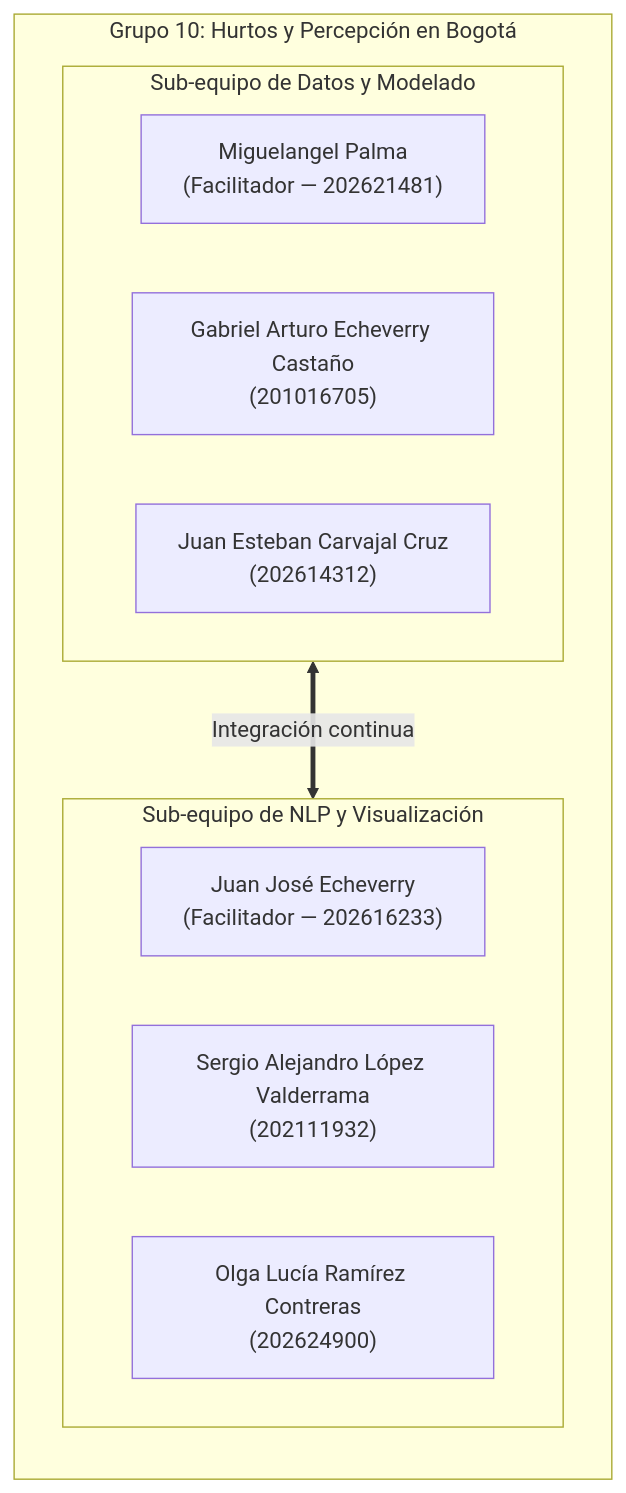
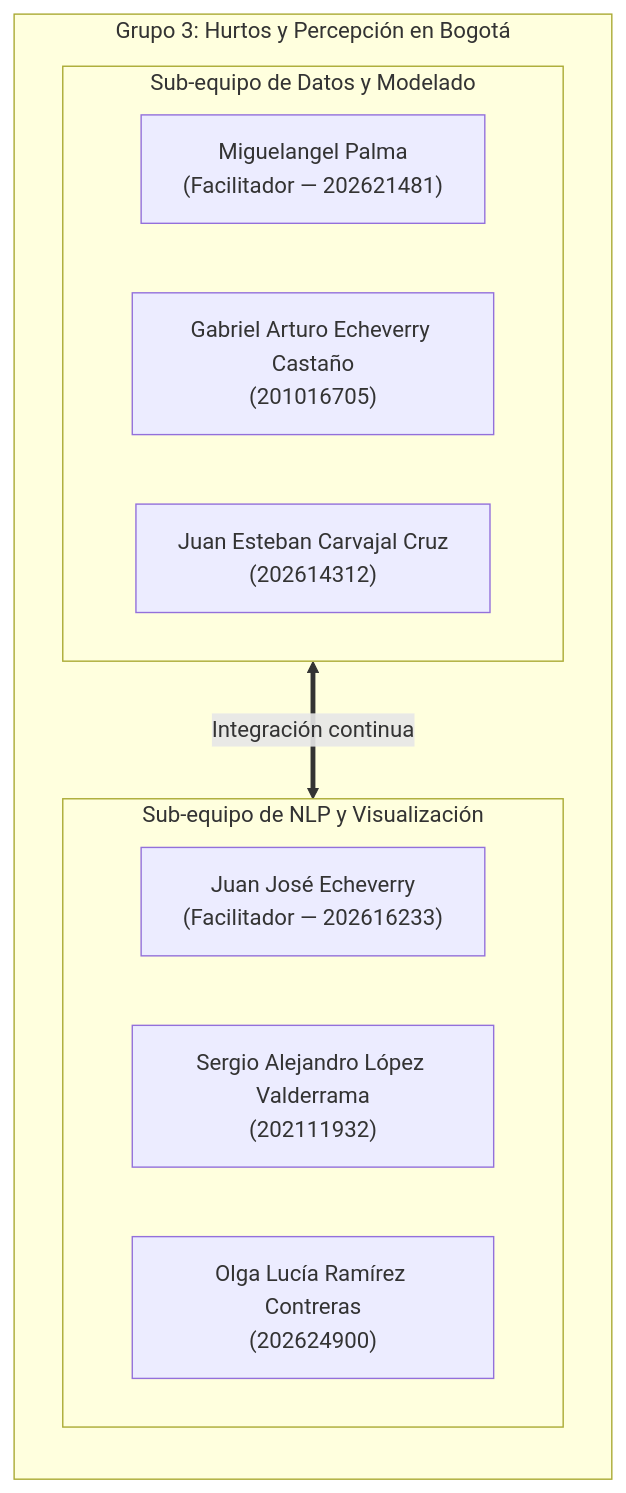
The first of 2 diagrams in docs/proyecto/plan_de_trabajo.md (juanjo-edm/Repo_Entrega_Final_Taller_R), drawn with Mermaid before and after one commit. The commit also changed other lines of this file and 28 other files, not shown here.

````diff
--- a/docs/proyecto/plan_de_trabajo.md
+++ b/docs/proyecto/plan_de_trabajo.md
@@ -11,19 +11,19 @@
 ```mermaid
 flowchart TD
-    subgraph G10["Grupo 10: Hurtos y Percepción en Bogotá"]
+    subgraph G3["Grupo 3: Hurtos y Percepción en Bogotá"]
         direction TB
         subgraph Sub1["Sub-equipo de Datos y Modelado"]
             M1["Miguelangel Palma<br/>(Facilitador — 202621481)"]
             M2["Gabriel Arturo Echeverry Castaño<br/>(201016705)"]
             M3["Juan Esteban Carvajal Cruz<br/>(202614312)"]
         end
         
         subgraph Sub2["Sub-equipo de NLP y Visualización"]
             J1["Juan José Echeverry<br/>(Facilitador — 202616233)"]
             J2["Sergio Alejandro López Valderrama<br/>(202111932)"]
             J3["Olga Lucía Ramírez Contreras<br/>(202624900)"]
         end
         
         Sub1 <==>|Integración continua| Sub2
     end
 ```
````
